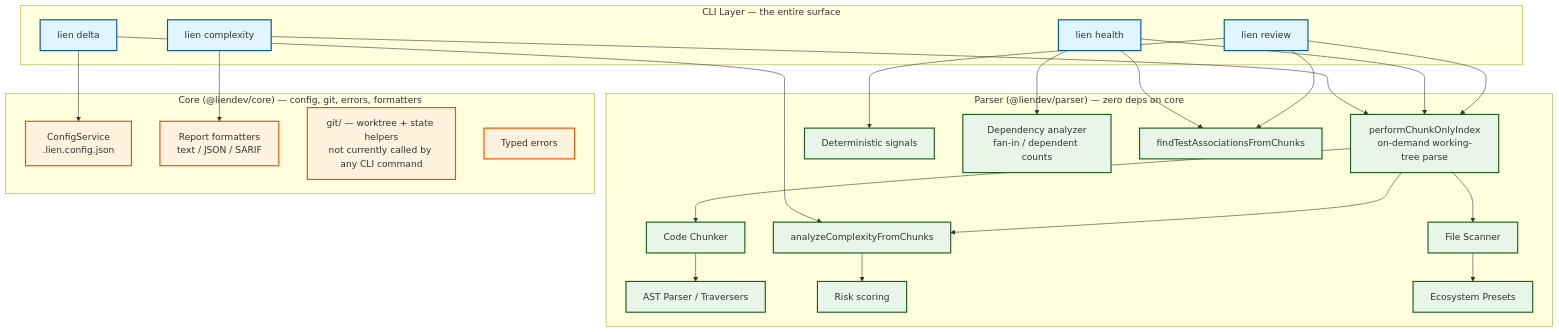
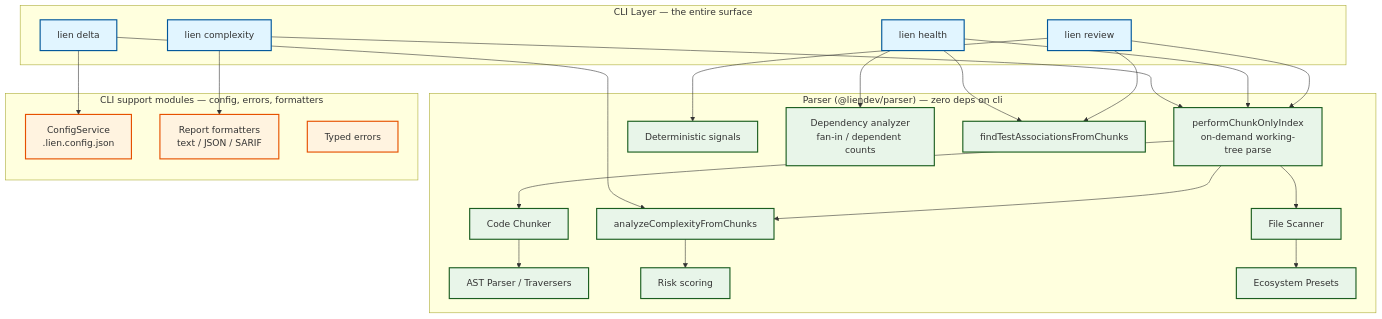
Before and after one commit to getlien/lien: the diagram in docs/architecture/system-overview.md, drawn with Mermaid. The commit also changed other lines of this file and 80 other files, not shown here.

First line of the commit message:
refactor!: fold @liendev/core into the CLI and delete the package (phase 8) (#1135)

````diff
--- a/docs/architecture/system-overview.md
+++ b/docs/architecture/system-overview.md
@@ -27,60 +35,59 @@
 ```mermaid
 graph TB
     subgraph "CLI Layer — the entire surface"
         COMPLX[lien complexity]
         HEALTH[lien health]
         REVIEW[lien review]
         DELTA[lien delta]
     end
 
-    subgraph "Parser (@liendev/parser) — zero deps on core"
+    subgraph "Parser (@liendev/parser) — zero deps on cli"
         PARSEIDX[performChunkOnlyIndex<br/>on-demand working-tree parse]
         SCANNER[File Scanner]
         CHUNKER[Code Chunker]
         AST[AST Parser / Traversers]
         COMPLEXANALYZER[analyzeComplexityFromChunks]
         RISK[Risk scoring]
         SIGNALS[Deterministic signals]
         DEPS[Dependency analyzer<br/>fan-in / dependent counts]
         TESTASSOC[findTestAssociationsFromChunks]
         ECOSYSTEM[Ecosystem Presets]
     end
 
-    subgraph "Core (@liendev/core) — config, git, errors, formatters"
+    subgraph "CLI support modules — config, errors, formatters"
         CONFIG[ConfigService<br/>.lien.config.json]
         FORMAT[Report formatters<br/>text / JSON / SARIF]
-        GIT[git/ — worktree + state helpers<br/>not currently called by any CLI command]
         ERRORS[Typed errors]
     end
 
     %% CLI to Parser
     COMPLX --> PARSEIDX
     HEALTH --> PARSEIDX
     HEALTH --> DEPS
     HEALTH --> TESTASSOC
     REVIEW --> PARSEIDX
     REVIEW --> SIGNALS
     REVIEW --> TESTASSOC
     DELTA --> COMPLEXANALYZER
 
-    %% CLI to Core
+    %% CLI to support modules
     COMPLX --> FORMAT
     DELTA --> CONFIG
 
     %% Parser internals
     PARSEIDX --> SCANNER
     PARSEIDX --> CHUNKER
     CHUNKER --> AST
     SCANNER --> ECOSYSTEM
     PARSEIDX --> COMPLEXANALYZER
     COMPLEXANALYZER --> RISK
 
     %% Styling
     classDef cliClass fill:#e1f5ff,stroke:#01579b,stroke-width:2px
     classDef parserClass fill:#e8f5e9,stroke:#1b5e20,stroke-width:2px
-    classDef coreClass fill:#fff3e0,stroke:#e65100,stroke-width:2px
+    classDef supportClass fill:#fff3e0,stroke:#e65100,stroke-width:2px
 
     class COMPLX,HEALTH,REVIEW,DELTA cliClass
     class PARSEIDX,SCANNER,CHUNKER,AST,COMPLEXANALYZER,RISK,SIGNALS,DEPS,TESTASSOC,ECOSYSTEM parserClass
-    class CONFIG,FORMAT,GIT,ERRORS coreClass
+    class CONFIG,FORMAT,ERRORS supportClass
 ```
````
